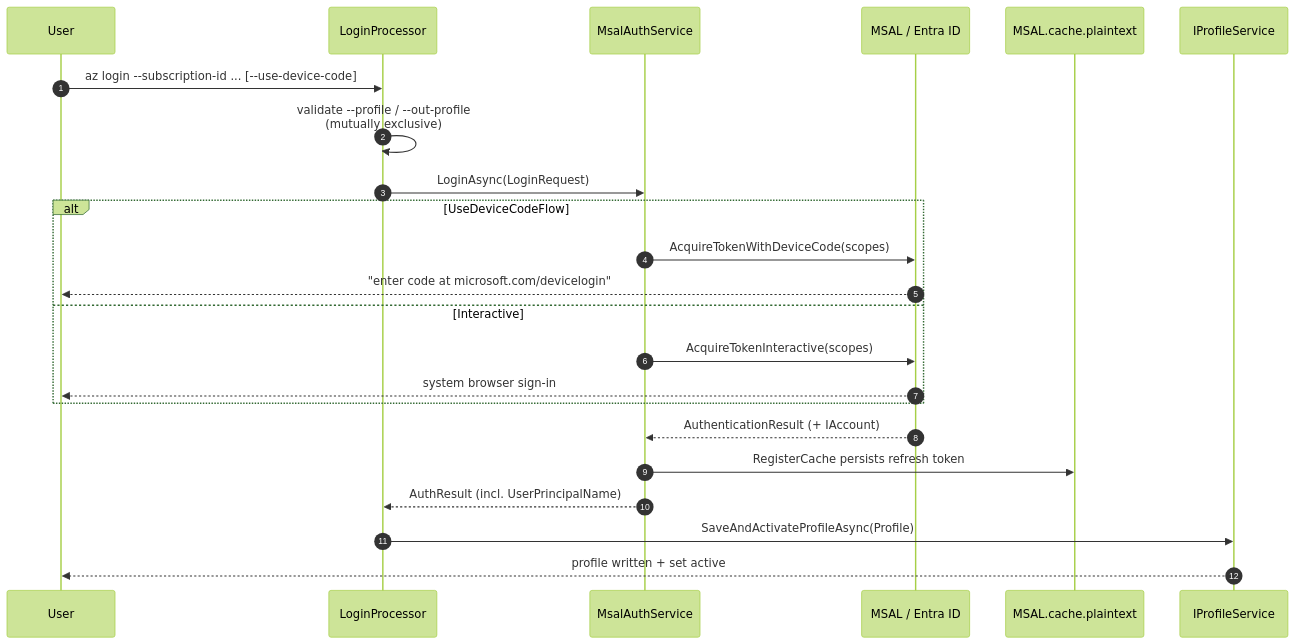
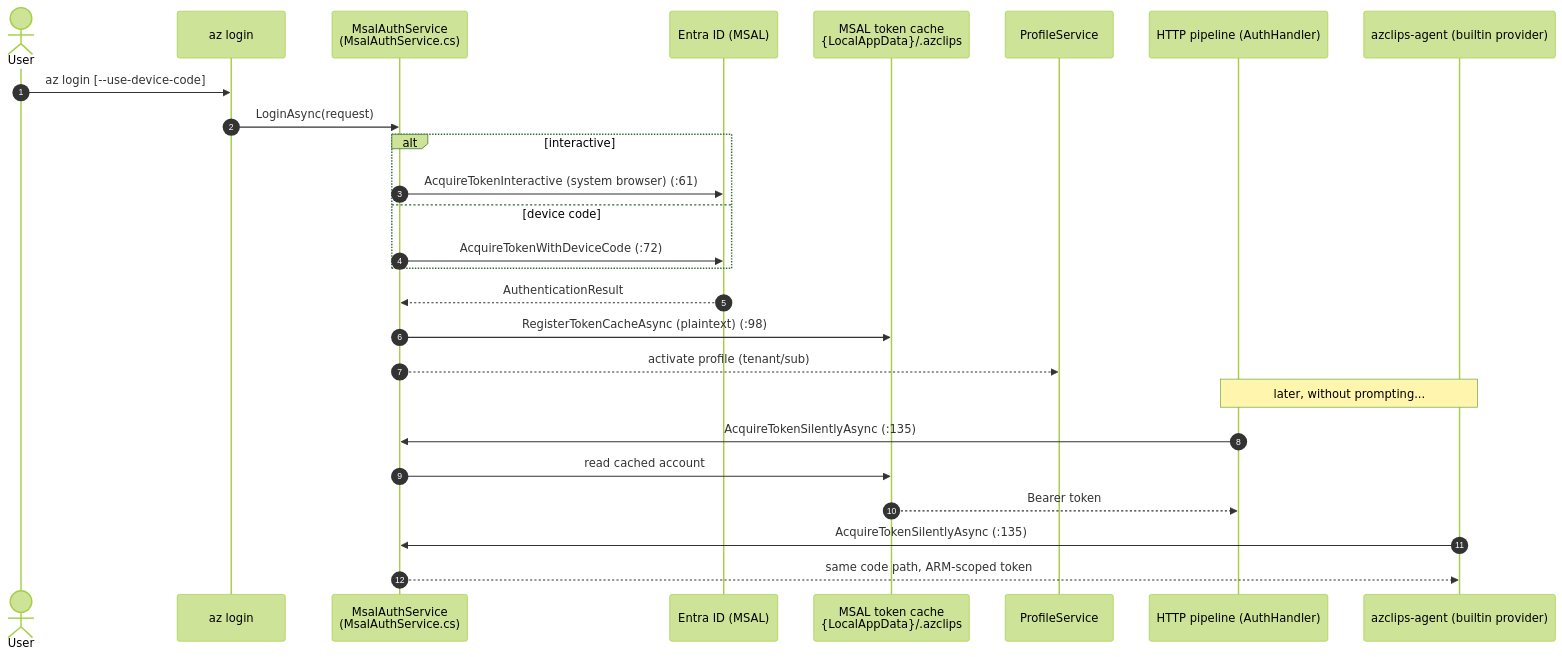
Before and after one commit to Azure/azclips: the first of 2 diagrams in wiki/02-deep-dive/authentication.md, drawn with Mermaid (forest theme). The commit also changed other lines of this file and 34 other files, not shown here.

First line of the commit message:
docs(wiki): refresh generated architecture documentation

````diff
--- a/wiki/02-deep-dive/authentication.md
+++ b/wiki/02-deep-dive/authentication.md
@@ -135,26 +40,29 @@
 ```mermaid
 sequenceDiagram
     autonumber
-    participant User
-    participant LP as LoginProcessor
-    participant SVC as MsalAuthService
-    participant MSAL as MSAL / Entra ID
-    participant CACHE as MSAL.cache.plaintext
-    participant PS as IProfileService
+    actor User
+    participant CLI as az login
+    participant Msal as MsalAuthService<br>(MsalAuthService.cs)
+    participant IdP as Entra ID (MSAL)
+    participant Cache as MSAL token cache<br>{LocalAppData}/.azclips
+    participant Profile as ProfileService
+    participant Pipe as HTTP pipeline (AuthHandler)
+    participant Agent as azclips-agent (builtin provider)
 
-    User->>LP: az login --subscription-id ... [--use-device-code]
-    LP->>LP: validate --profile / --out-profile<br>(mutually exclusive)
-    LP->>SVC: LoginAsync(LoginRequest)
-    alt UseDeviceCodeFlow
-        SVC->>MSAL: AcquireTokenWithDeviceCode(scopes)
-        MSAL-->>User: "enter code at microsoft.com/devicelogin"
-    else Interactive
-        SVC->>MSAL: AcquireTokenInteractive(scopes)
-        MSAL-->>User: system browser sign-in
+    User->>CLI: az login [--use-device-code]
+    CLI->>Msal: LoginAsync(request)
+    alt interactive
+        Msal->>IdP: AcquireTokenInteractive (system browser) (:61)
+    else device code
+        Msal->>IdP: AcquireTokenWithDeviceCode (:72)
     end
-    MSAL-->>SVC: AuthenticationResult (+ IAccount)
-    SVC->>CACHE: RegisterCache persists refresh token
-    SVC-->>LP: AuthResult (incl. UserPrincipalName)
-    LP->>PS: SaveAndActivateProfileAsync(Profile)
-    PS-->>User: profile written + set active
+    IdP-->>Msal: AuthenticationResult
+    Msal->>Cache: RegisterTokenCacheAsync (plaintext) (:98)
+    Msal-->>Profile: activate profile (tenant/sub)
+    Note over Pipe,Agent: later, without prompting...
+    Pipe->>Msal: AcquireTokenSilentlyAsync (:135)
+    Msal->>Cache: read cached account
+    Cache-->>Pipe: Bearer token
+    Agent->>Msal: AcquireTokenSilentlyAsync (:135)
+    Msal-->>Agent: same code path, ARM-scoped token
 ```
````
